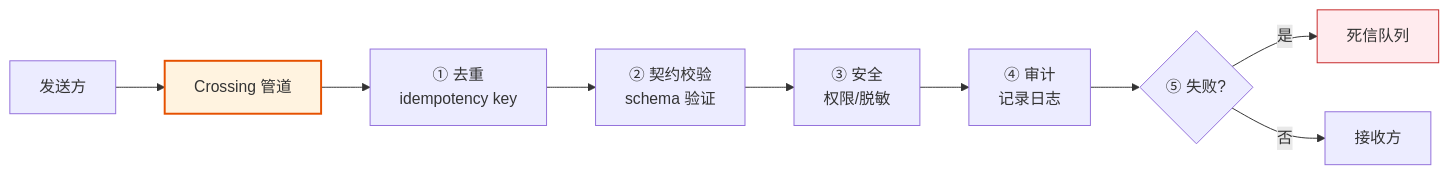
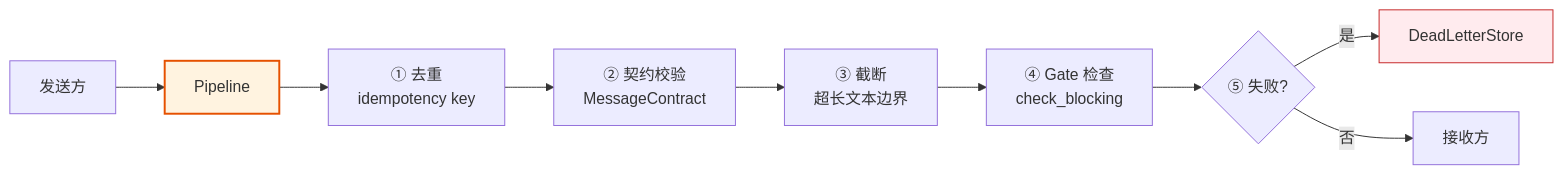
Before and after one commit to limenagent/prodagent: the third of 5 diagrams in docs/tour/07-multiagent.md, drawn with Mermaid. The commit also changed other lines of this file and 28 other files, not shown here.

````diff
--- a/docs/tour/07-multiagent.md
+++ b/docs/tour/07-multiagent.md
@@ -198,14 +320,13 @@
 ```mermaid
 graph LR
-    SENDER["发送方"] --> PIPE["Crossing 管道"]
+    SENDER["发送方"] --> PIPE["Pipeline"]
     PIPE --> DEDUP["① 去重<br/>idempotency key"]
-    DEDUP --> CONTRACT["② 契约校验<br/>schema 验证"]
-    CONTRACT --> SECURITY["③ 安全<br/>权限/脱敏"]
-    SECURITY --> AUDIT["④ 审计<br/>记录日志"]
-    AUDIT --> DLQ{"⑤ 失败?"}
-    DLQ -->|是| DEAD["死信队列"]
+    DEDUP --> CONTRACT["② 契约校验<br/>MessageContract"]
+    CONTRACT --> TRIM["③ 截断<br/>超长文本边界"]
+    TRIM --> GATE["④ Gate 检查<br/>check_blocking"]
+    GATE --> DLQ{"⑤ 失败?"}
+    DLQ -->|是| DEAD["DeadLetterStore"]
     DLQ -->|否| RECEIVER["接收方"]
-
     style PIPE fill:#fff3e0,stroke:#e65100,stroke-width:2px
     style DEAD fill:#ffebee,stroke:#c62828
 ```
````
